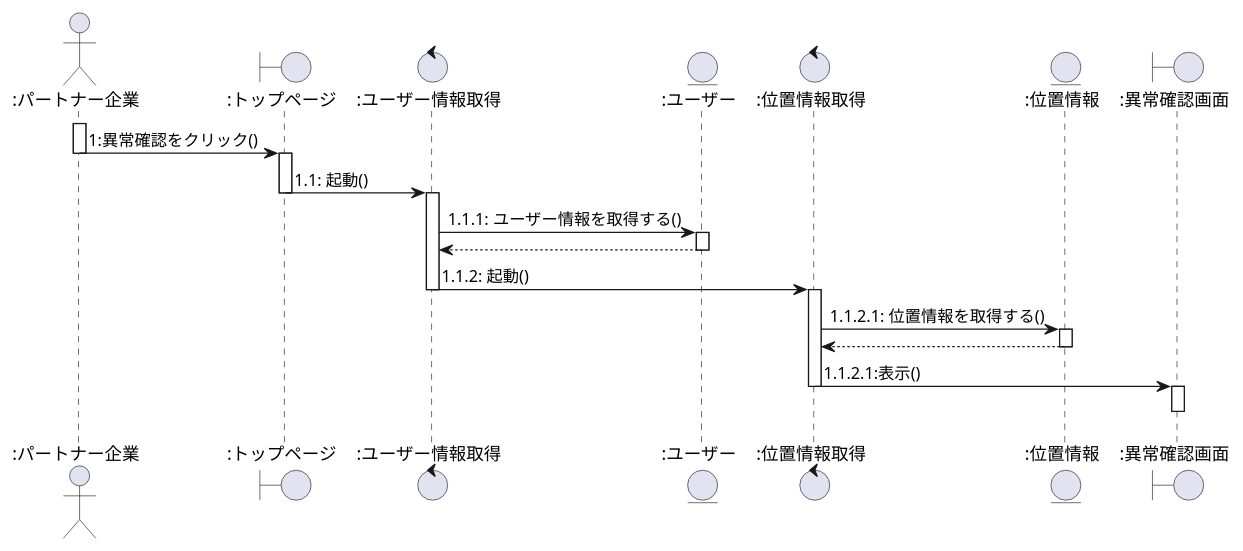
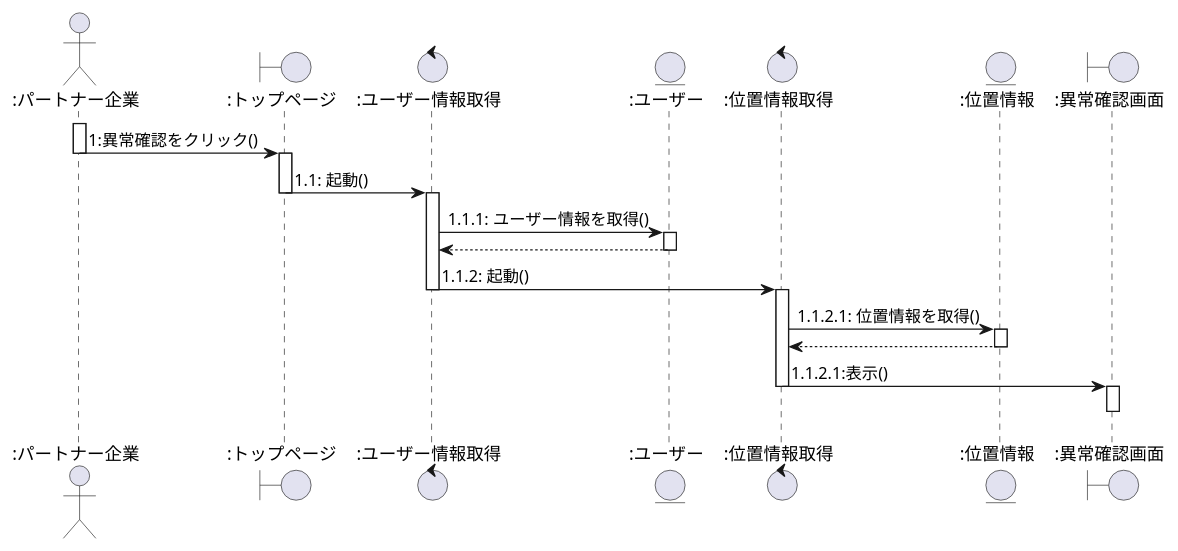
The tenth of 10 diagrams in client_sequence.plantuml (ksw2270227/GroupF), drawn with PlantUML before and after one commit. The commit also changed 1 other file, not shown here.

```diff
--- a/client_sequence.plantuml
+++ b/client_sequence.plantuml
@@ -486,45 +486,45 @@
 @startuml 異常確認
 
 actor ":パートナー企業" as 0
 boundary ":トップページ" as a
 control ":ユーザー情報取得" as c
 entity ":ユーザー" as e
 control ":位置情報取得" as b
 entity ":位置情報" as en
 boundary ":異常確認画面" as d
 
 
 
 activate 0
 0 -> a : 1:異常確認をクリック()
 deactivate 0
 
 activate a
 a -> c : 1.1: 起動()
 deactivate a
 
 
 
 activate c
-c -> e :1.1.1: ユーザー情報を取得する()
+c -> e :1.1.1: ユーザー情報を取得()
 activate e
 e --> c
 deactivate e
 
 c -> b : 1.1.2: 起動()
 deactivate c
 
 
 activate b
-b -> en :1.1.2.1: 位置情報を取得する()
+b -> en :1.1.2.1: 位置情報を取得()
 activate en
 en --> b
 deactivate en
 
 d <- b : 1.1.2.1:表示()
 deactivate b
 activate d
 d -[hidden]-> d
 deactivate d
 
 @enduml
```
